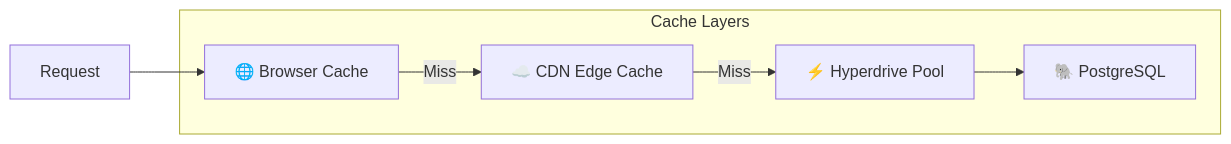
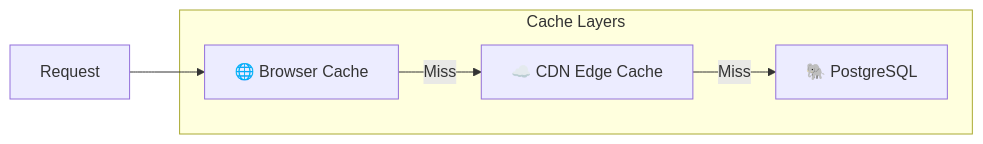
One commit to builderbuilds123/gracestowel changed the second of 3 diagrams in docs/architecture/data-layer.md. Above: the diagram before and after it, drawn with Mermaid. The commit also changed other lines of this file and 38 other files, not shown here.

````diff
--- a/docs/architecture/data-layer.md
+++ b/docs/architecture/data-layer.md
@@ -45,14 +42,12 @@
 ```mermaid
 flowchart LR
     subgraph "Cache Layers"
         L1["🌐 Browser Cache"]
         L2["☁️ CDN Edge Cache"]
-        L3["⚡ Hyperdrive Pool"]
-        L4["🐘 PostgreSQL"]
+        L3["🐘 PostgreSQL"]
     end
 
     Request --> L1
     L1 -->|Miss| L2
     L2 -->|Miss| L3
-    L3 --> L4
 ```
````
